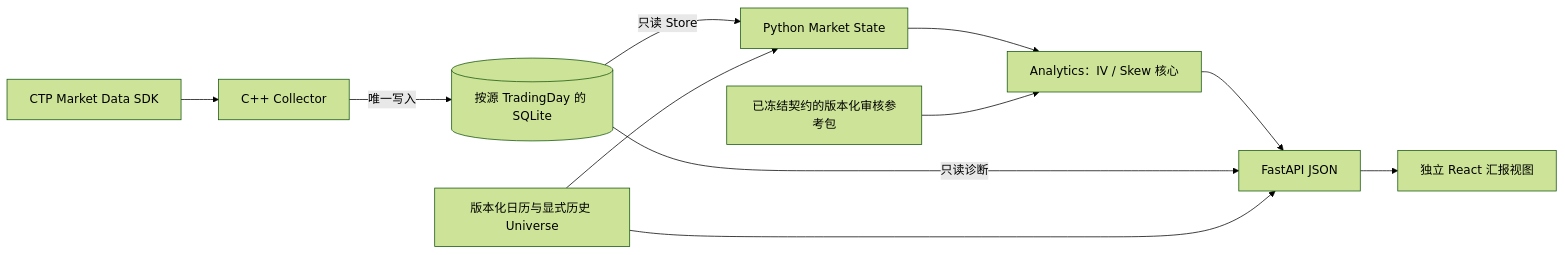
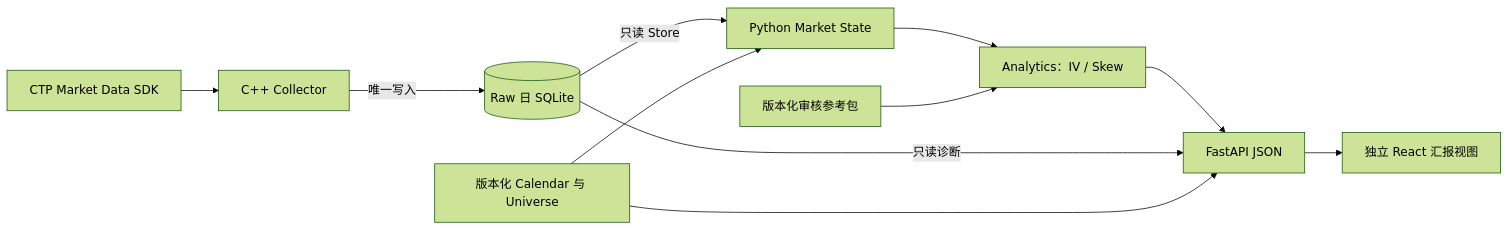
The diagram in docs/architecture.md (ougachakaaa/derivatives_monitor), drawn with Mermaid (forest theme) before and after one commit. The commit also changed other lines of this file and 8 other files, not shown here.

````diff
--- a/docs/architecture.md
+++ b/docs/architecture.md
@@ -5,13 +5,13 @@
 ```mermaid
 flowchart LR
     CTP[CTP Market Data SDK] --> C[C++ Collector]
-    C -->|唯一写入| RAW[(按源 TradingDay 的 SQLite)]
+    C -->|唯一写入| RAW[(Raw 日 SQLite)]
     RAW -->|只读 Store| MS[Python Market State]
-    CAL[版本化日历与显式历史 Universe] --> MS
-    MS --> A[Analytics：IV / Skew 核心]
-    REF[已冻结契约的版本化审核参考包] --> A
+    CAL[版本化 Calendar 与 Universe] --> MS
+    MS --> A[Analytics：IV / Skew]
+    REF[版本化审核参考包] --> A
     A --> API[FastAPI JSON]
     RAW -->|只读诊断| API
     CAL --> API
     API --> UI[独立 React 汇报视图]
 ```
````
